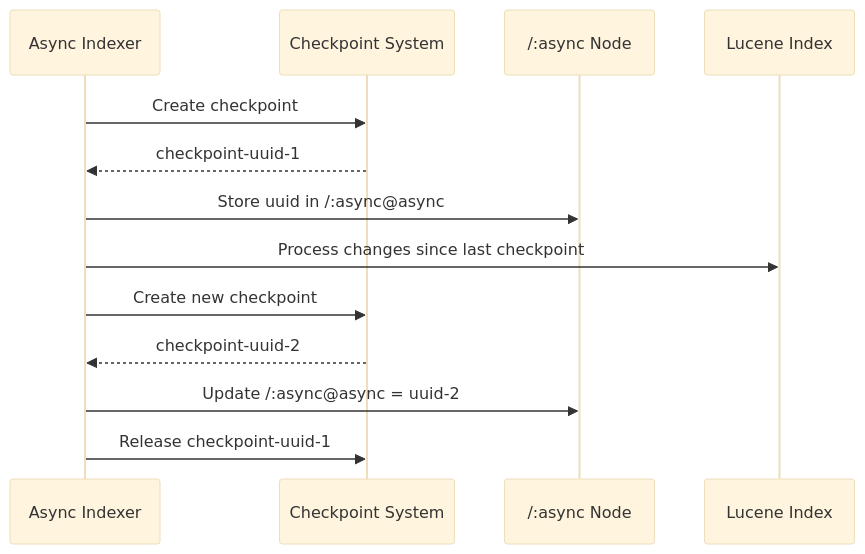
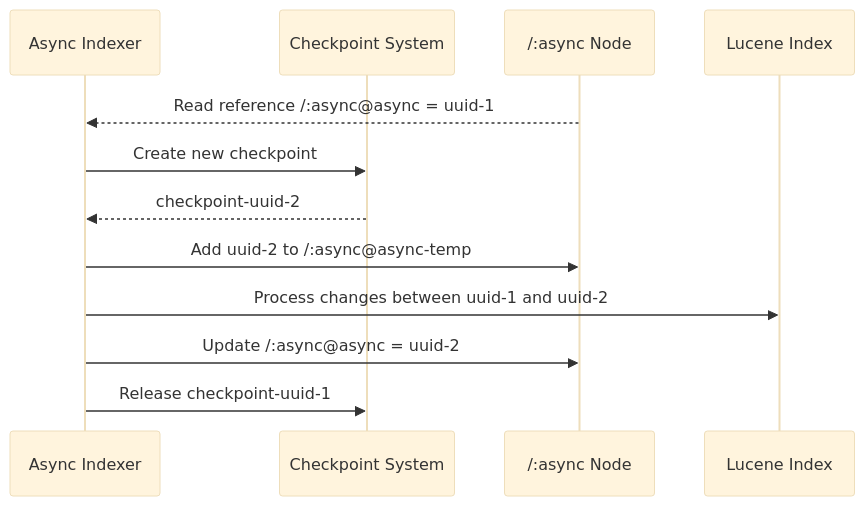
Before and after one commit to somarc/oak-magnum-oakus: the diagram in docs/checkpoints/async-indexing.md, drawn with Mermaid (base theme). The commit also changed other lines of this file and 32 other files, not shown here.

````diff
--- a/docs/checkpoints/async-indexing.md
+++ b/docs/checkpoints/async-indexing.md
@@ -7,16 +7,15 @@
 ```mermaid
 sequenceDiagram
     participant Indexer as Async Indexer
     participant CP as Checkpoint System
     participant Async as /:async Node
     participant Index as Lucene Index
     
-    Indexer->>CP: Create checkpoint
-    CP-->>Indexer: checkpoint-uuid-1
-    Indexer->>Async: Store uuid in /:async@async
-    Indexer->>Index: Process changes since last checkpoint
+    Async-->>Indexer: Read reference /:async@async = uuid-1
     Indexer->>CP: Create new checkpoint
     CP-->>Indexer: checkpoint-uuid-2
+    Indexer->>Async: Add uuid-2 to /:async@async-temp
+    Indexer->>Index: Process changes between uuid-1 and uuid-2
     Indexer->>Async: Update /:async@async = uuid-2
     Indexer->>CP: Release checkpoint-uuid-1
 ```
````
